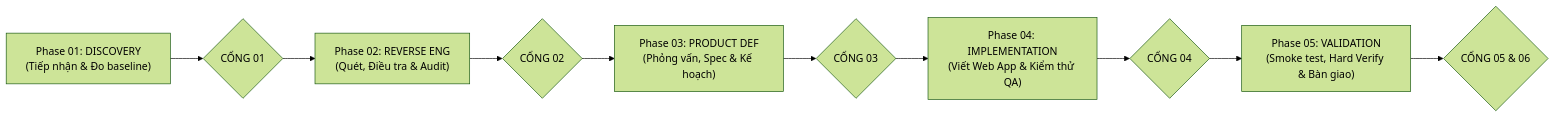
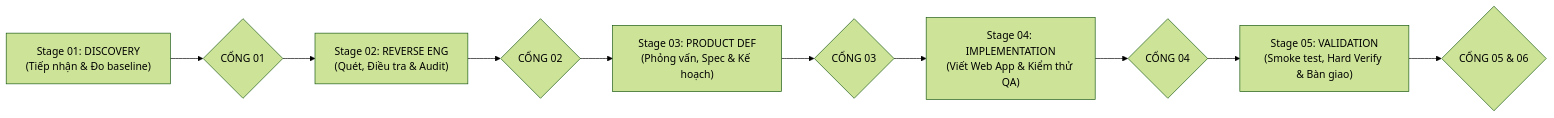
The diagram in HUONG_DAN_SU_DUNG.md (kimducanh27-cpu/REA-kit-agy), drawn with Mermaid (forest theme) before and after one commit. The commit also changed other lines of this file and 35 other files, not shown here.

````diff
--- a/HUONG_DAN_SU_DUNG.md
+++ b/HUONG_DAN_SU_DUNG.md
@@ -8,12 +8,12 @@
 ```mermaid
 flowchart LR
-    P1["Phase 01: DISCOVERY<br/>(Tiếp nhận & Đo baseline)"] --> G1{"CỔNG 01"}
-    G1 --> P2["Phase 02: REVERSE ENG<br/>(Quét, Điều tra & Audit)"]
+    P1["Stage 01: DISCOVERY<br/>(Tiếp nhận & Đo baseline)"] --> G1{"CỔNG 01"}
+    G1 --> P2["Stage 02: REVERSE ENG<br/>(Quét, Điều tra & Audit)"]
     P2 --> G2{"CỔNG 02"}
-    G2 --> P3["Phase 03: PRODUCT DEF<br/>(Phỏng vấn, Spec & Kế hoạch)"]
+    G2 --> P3["Stage 03: PRODUCT DEF<br/>(Phỏng vấn, Spec & Kế hoạch)"]
     P3 --> G3{"CỔNG 03"}
-    G3 --> P4["Phase 04: IMPLEMENTATION<br/>(Viết Web App & Kiểm thử QA)"]
+    G3 --> P4["Stage 04: IMPLEMENTATION<br/>(Viết Web App & Kiểm thử QA)"]
     P4 --> G4{"CỔNG 04"}
-    G4 --> P5["Phase 05: VALIDATION<br/>(Smoke test, Hard Verify & Bàn giao)"]
+    G4 --> P5["Stage 05: VALIDATION<br/>(Smoke test, Hard Verify & Bàn giao)"]
     P5 --> G5{"CỔNG 05 & 06"}
 ```
````
